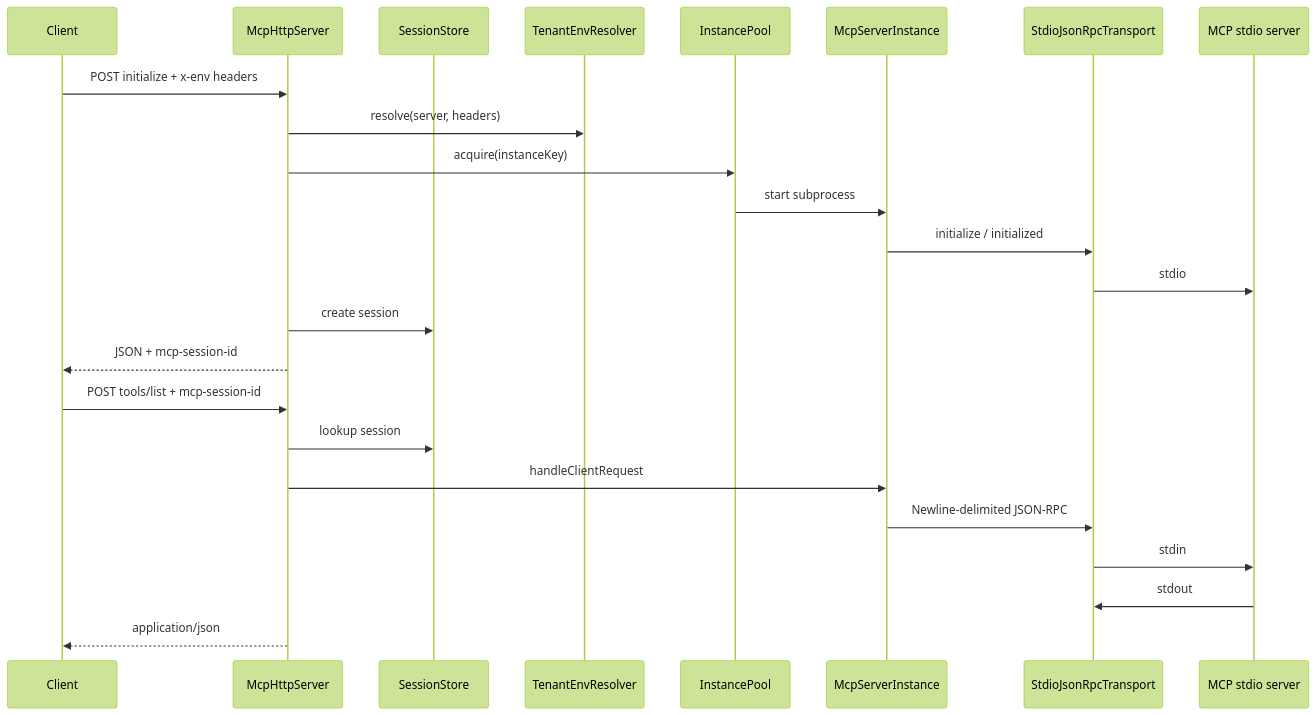
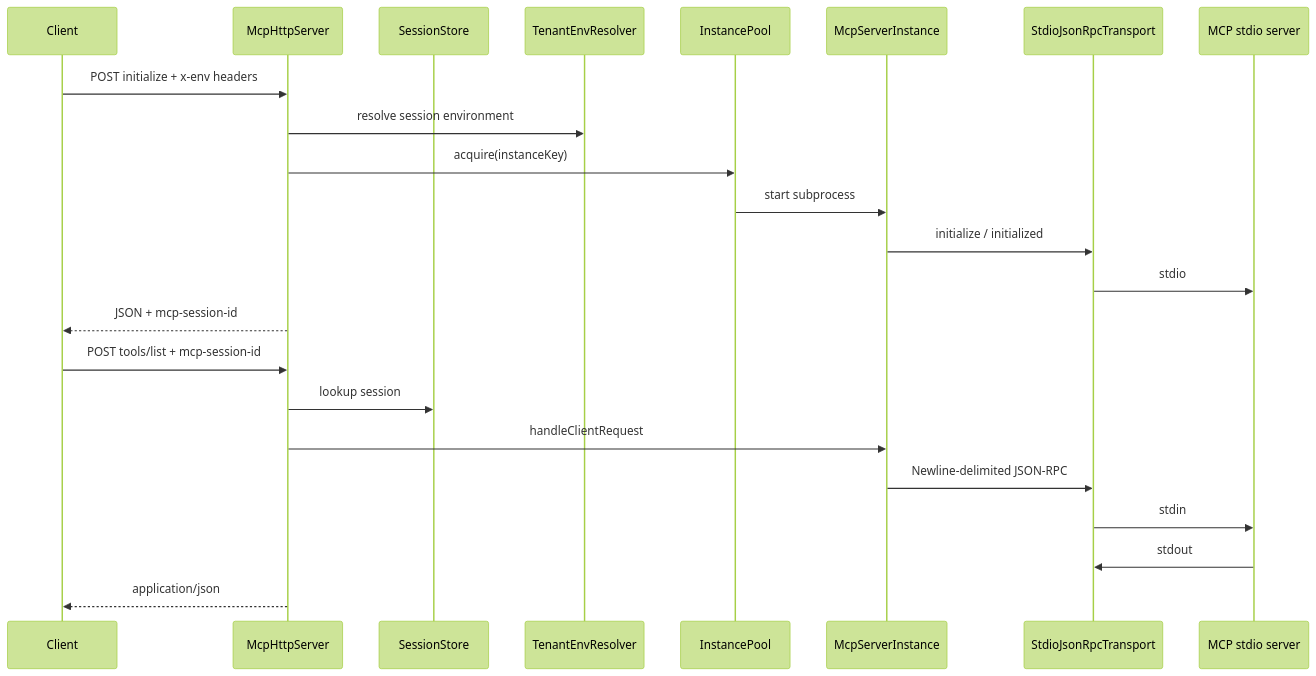
One commit to obeone/mcp-streamable-http-bridge changed the second of 3 diagrams in docs/architecture.md. Above: the diagram before and after it, drawn with Mermaid (forest theme). The commit also changed other lines of this file and 5 other files, not shown here.

````diff
--- a/docs/architecture.md
+++ b/docs/architecture.md
@@ -153,28 +153,27 @@
 ```mermaid
 sequenceDiagram
   participant C as Client
   participant H as McpHttpServer
   participant S as SessionStore
   participant R as TenantEnvResolver
   participant P as InstancePool
   participant I as McpServerInstance
   participant T as StdioJsonRpcTransport
   participant M as MCP stdio server
 
   C->>H: POST initialize + x-env headers
-  H->>R: resolve(server, headers)
+  H->>R: resolve session environment
   H->>P: acquire(instanceKey)
   P->>I: start subprocess
   I->>T: initialize / initialized
   T->>M: stdio
-  H->>S: create session
   H-->>C: JSON + mcp-session-id
 
   C->>H: POST tools/list + mcp-session-id
   H->>S: lookup session
   H->>I: handleClientRequest
   I->>T: Newline-delimited JSON-RPC
   T->>M: stdin
   M->>T: stdout
   H-->>C: application/json
 ```
````
